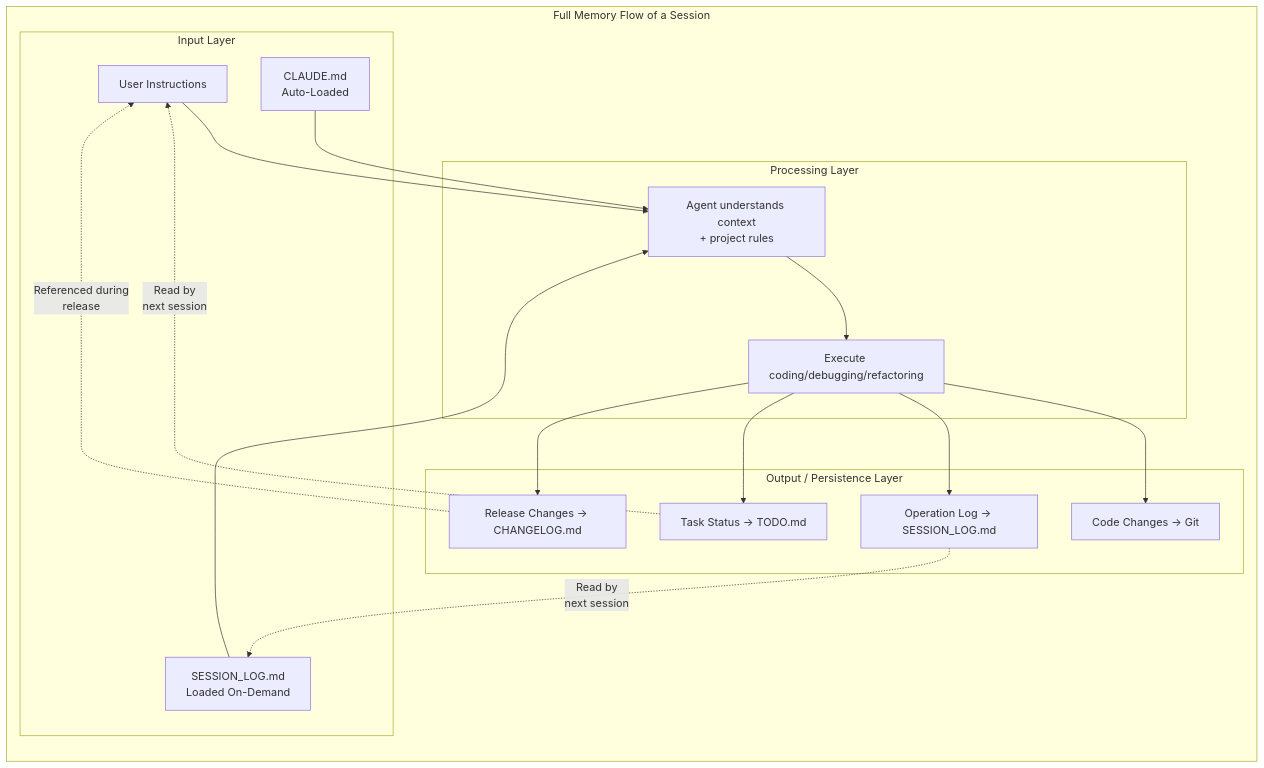
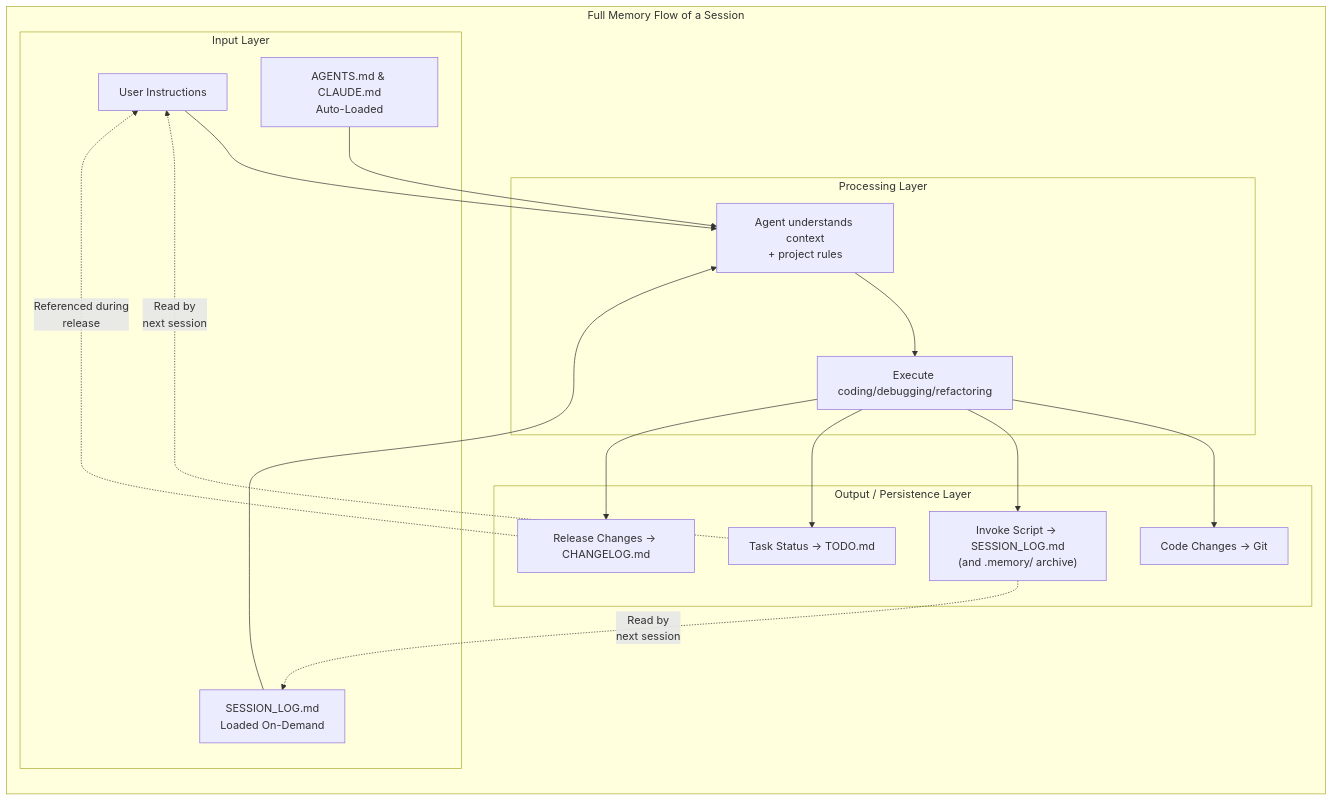
The third of 3 diagrams in README.md (max-doo/build-memory), drawn with Mermaid before and after one commit. The commit also changed other lines of this file and 16 other files, not shown here.

````diff
--- a/README.md
+++ b/README.md
@@ -214,37 +214,37 @@
 ```mermaid
 flowchart LR
     subgraph Session["Full Memory Flow of a Session"]
         direction TB
 
         subgraph Input["Input Layer"]
             I1["User Instructions"]
-            I2["CLAUDE.md<br/>Auto-Loaded"]
+            I2["AGENTS.md & CLAUDE.md<br/>Auto-Loaded"]
             I3["SESSION_LOG.md<br/>Loaded On-Demand"]
         end
 
         subgraph Process["Processing Layer"]
             P1["Agent understands context<br/>+ project rules"]
             P2["Execute coding/debugging/refactoring"]
         end
 
         subgraph Output["Output / Persistence Layer"]
             O1["Code Changes → Git"]
-            O2["Operation Log → SESSION_LOG.md"]
+            O2["Invoke Script → SESSION_LOG.md<br/>(and .memory/ archive)"]
             O3["Task Status → TODO.md"]
             O4["Release Changes → CHANGELOG.md"]
         end
     end
 
     I1 --> P1
     I2 --> P1
     I3 --> P1
     P1 --> P2
     P2 --> O1
     P2 --> O2
     P2 --> O3
     P2 --> O4
 
     O2 -.-> |"Read by<br/>next session"| I3
     O3 -.-> |"Read by<br/>next session"| I1
     O4 -.-> |"Referenced during<br/>release"| I1
 ```
````
